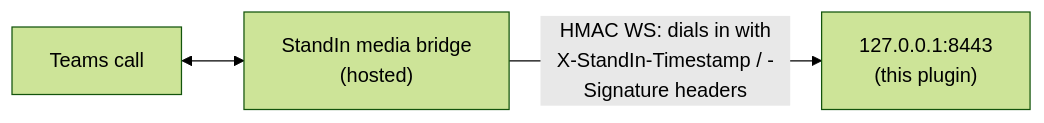
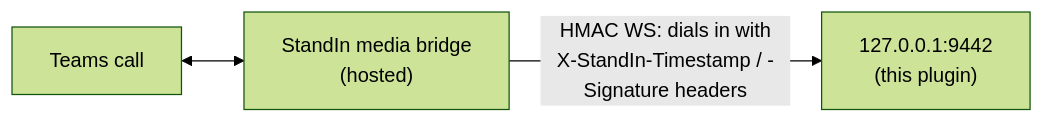
One commit to komaa-com/hermes-msteams-bridge changed the diagram in website/src/content/docs/connecting-to-standin.md. Above: the diagram before and after it, drawn with Mermaid (forest theme). The commit also changed other lines of this file and 14 other files, not shown here.

````diff
--- a/website/src/content/docs/connecting-to-standin.md
+++ b/website/src/content/docs/connecting-to-standin.md
@@ -27,8 +27,8 @@
 ```mermaid
 flowchart LR
     Teams["Teams call"]
     Bridge["StandIn media bridge<br/>(hosted)"]
-    Plugin["127.0.0.1:8443<br/>(this plugin)"]
+    Plugin["127.0.0.1:9442<br/>(this plugin)"]
     Teams <--> Bridge
     Bridge -->|"HMAC WS: dials in with<br/>X-StandIn-Timestamp / -Signature headers"| Plugin
 ```
````
